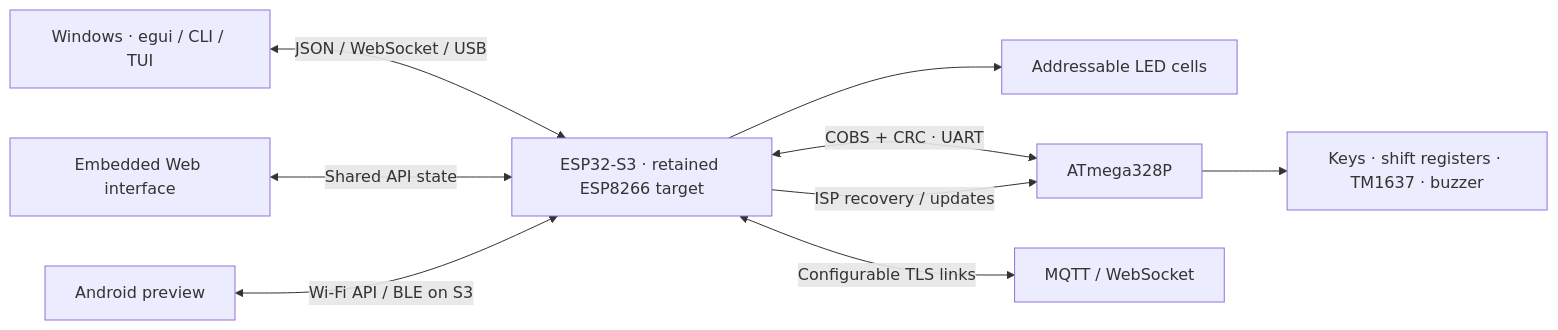
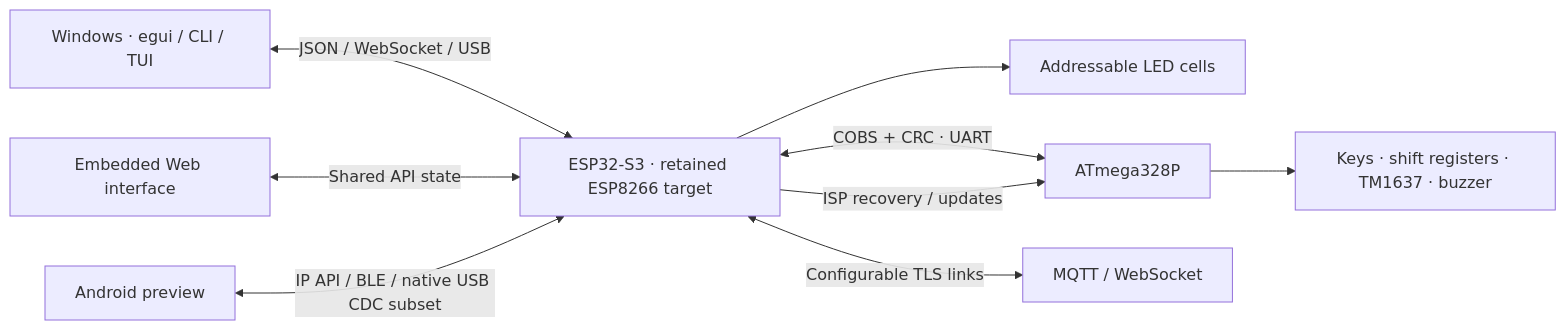
The diagram in README.md (atomicdeploy/PakarController), drawn with Mermaid before and after one commit. The commit also changed other lines of this file and 606 other files, not shown here.

Commit message:
Consolidate firmware, native, mobile and canonical Web work for handoff

````diff
--- a/README.md
+++ b/README.md
@@ -52,11 +52,11 @@
 ```mermaid
 flowchart LR
     Desktop[Windows · egui / CLI / TUI] <-->|JSON / WebSocket / USB| ESP[ESP32-S3 · retained ESP8266 target]
     Web[Embedded Web interface] <-->|Shared API state| ESP
-    Mobile[Android preview] <-->|Wi-Fi API / BLE on S3| ESP
+    Mobile[Android preview] <-->|IP API / BLE / native USB CDC subset| ESP
     ESP --> LEDs[Addressable LED cells]
     ESP <-->|COBS + CRC · UART| AVR[ATmega328P]
     ESP -->|ISP recovery / updates| AVR
     AVR --> Panel[Keys · shift registers · TM1637 · buzzer]
     ESP <-->|Configurable TLS links| Cloud[MQTT / WebSocket]
 ```
````
